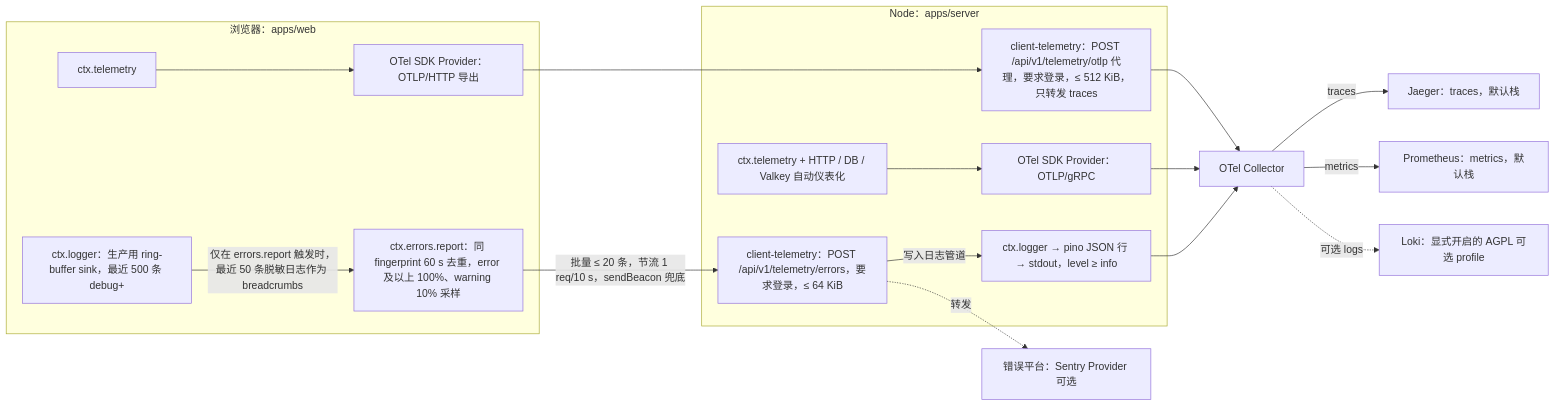
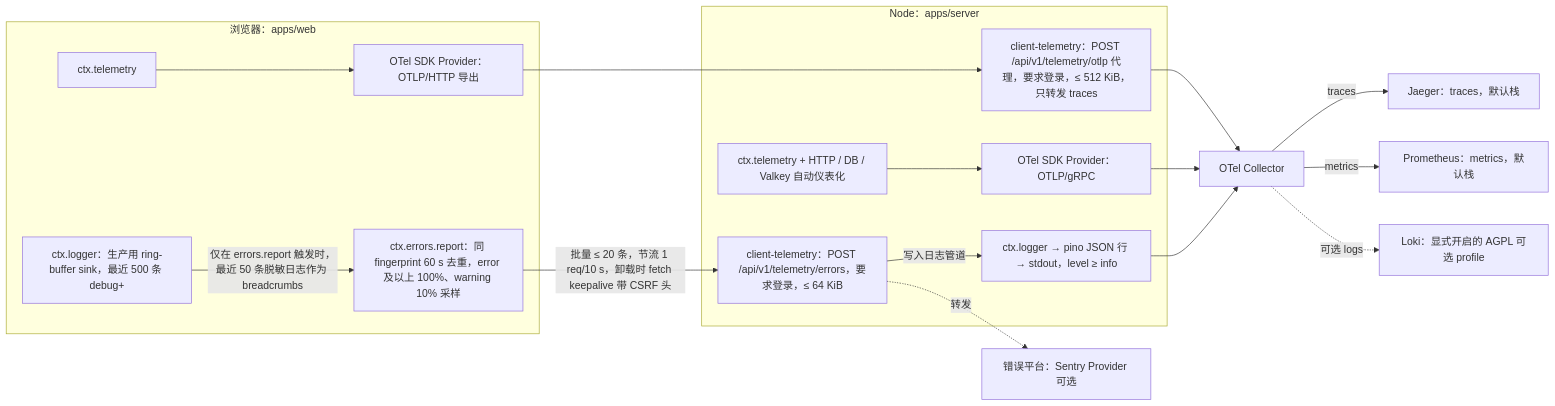
Before and after one commit to Xeonice/cordis-ppt-editor: the eighth of 8 diagrams in docs/30-architecture/10-observability-and-errors.md, drawn with Mermaid. The commit also changed other lines of this file and 79 other files, not shown here.

````diff
--- a/docs/30-architecture/10-observability-and-errors.md
+++ b/docs/30-architecture/10-observability-and-errors.md
@@ -411,31 +420,31 @@
 ```mermaid
 flowchart LR
   subgraph browserSide["浏览器：apps/web"]
     bTel["ctx.telemetry"]
     bOtel["OTel SDK Provider：OTLP/HTTP 导出"]
     bLog["ctx.logger：生产用 ring-buffer sink，最近 500 条 debug+"]
     bErr["ctx.errors.report：同 fingerprint 60 s 去重，error 及以上 100%、warning 10% 采样"]
   end
   subgraph nodeSide["Node：apps/server"]
     errApi["client-telemetry：POST /api/v1/telemetry/errors，要求登录，≤ 64 KiB"]
     otlpProxy["client-telemetry：POST /api/v1/telemetry/otlp 代理，要求登录，≤ 512 KiB，只转发 traces"]
     nTel["ctx.telemetry + HTTP / DB / Valkey 自动仪表化"]
     nOtel["OTel SDK Provider：OTLP/gRPC"]
     nLog["ctx.logger → pino JSON 行 → stdout，level ≥ info"]
   end
   collector["OTel Collector"]
   jaeger["Jaeger：traces，默认栈"]
   prometheus["Prometheus：metrics，默认栈"]
   loki["Loki：显式开启的 AGPL 可选 profile"]
   sentry["错误平台：Sentry Provider 可选"]
   bTel --> bOtel --> otlpProxy --> collector
   bLog -- "仅在 errors.report 触发时，最近 50 条脱敏日志作为 breadcrumbs" --> bErr
-  bErr -- "批量 ≤ 20 条，节流 1 req/10 s，sendBeacon 兜底" --> errApi
+  bErr -- "批量 ≤ 20 条，节流 1 req/10 s，卸载时 fetch keepalive 带 CSRF 头" --> errApi
   errApi -- "写入日志管道" --> nLog
   errApi -. "转发" .-> sentry
   nTel --> nOtel --> collector
   nLog --> collector
   collector -- "traces" --> jaeger
   collector -- "metrics" --> prometheus
   collector -. "可选 logs" .-> loki
 ```
````
